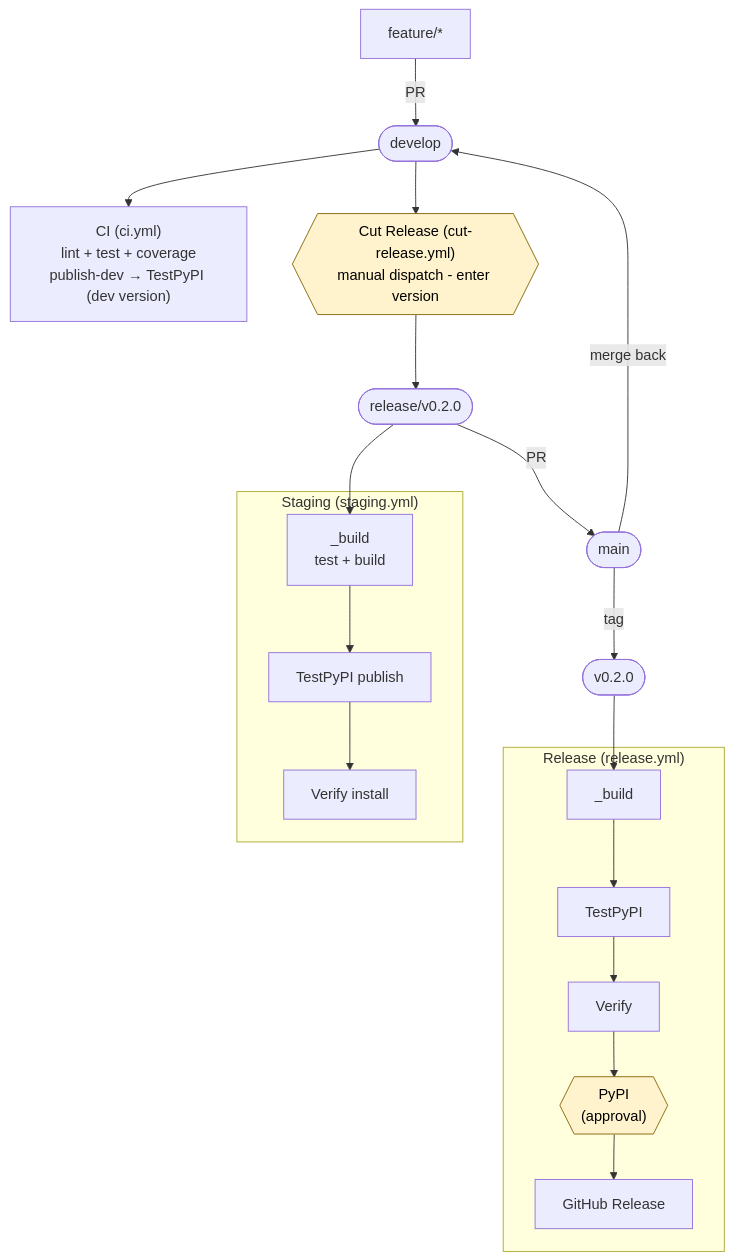
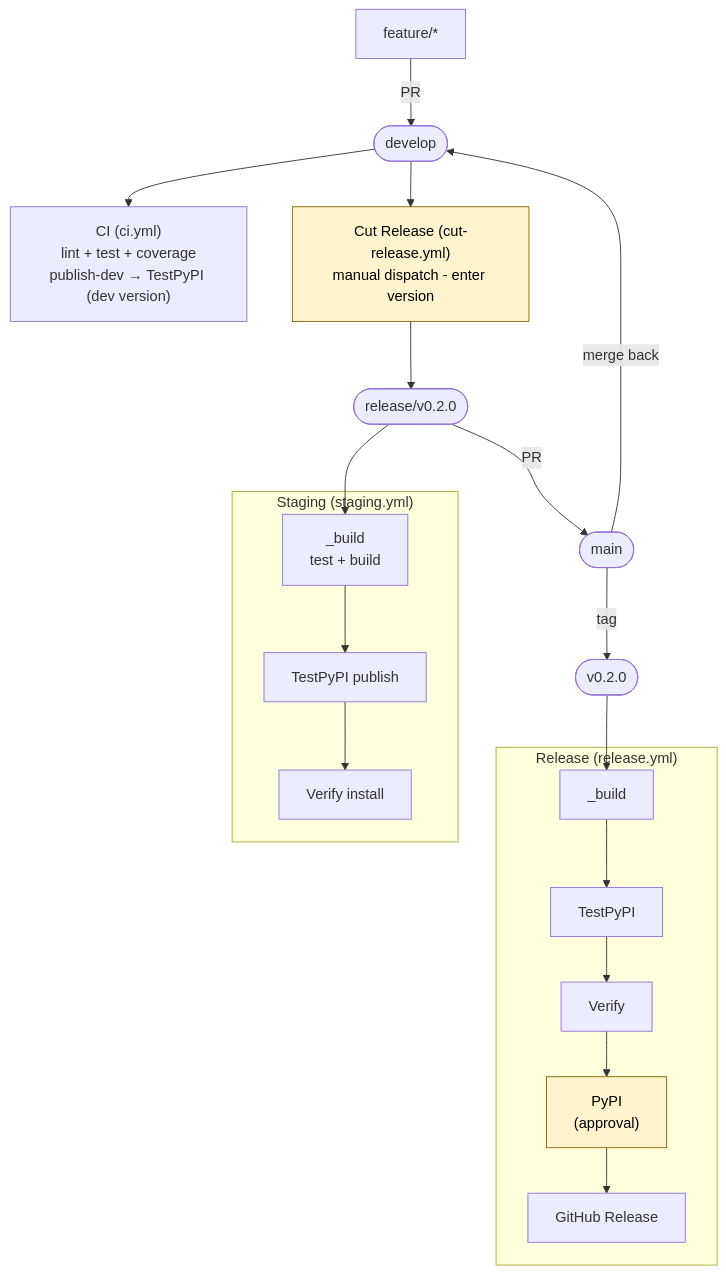
Before and after one commit to Azure/agentops: the third of 3 diagrams in docs/release-process.md, drawn with Mermaid. The commit also changed other lines of this file and 5 other files, not shown here.

Commit message:
Fix Mermaid rendering and diagram labels

````diff
--- a/docs/release-process.md
+++ b/docs/release-process.md
@@ -823,39 +823,39 @@
 ```mermaid
 flowchart TD
     feat["feature/*"] -->|PR| develop(["develop"])
     develop --> ci["CI (ci.yml)<br/>lint + test + coverage<br/>publish-dev → TestPyPI (dev version)"]
-    develop --> cut{{"Cut Release (cut-release.yml)<br/>manual dispatch - enter version"}}
+    develop --> cut["Cut Release (cut-release.yml)<br/>manual dispatch - enter version"]
     cut --> rel(["release/v0.2.0"])
 
     rel --> stagingBuild["_build<br/>test + build"]
     stagingBuild --> stagingTest["TestPyPI publish"]
     stagingTest --> stagingVerify["Verify install"]
 
     rel -->|PR| main(["main"])
     main -->|tag| tag(["v0.2.0"])
 
     tag --> relBuild["_build"]
     relBuild --> relTest["TestPyPI"]
     relTest --> relVerify["Verify"]
-    relVerify --> relPypi{{"PyPI<br/>(approval)"}}
+    relVerify --> relPypi["PyPI<br/>(approval)"]
     relPypi --> relGh["GitHub Release"]
 
     main -->|merge back| develop
 
     subgraph Staging["Staging (staging.yml)"]
         stagingBuild
         stagingTest
         stagingVerify
     end
 
     subgraph Release["Release (release.yml)"]
         relBuild
         relTest
         relVerify
         relPypi
         relGh
     end
 
     classDef gate fill:#fff3cd,stroke:#856404,color:#000;
     class cut,relPypi gate;
 ```
````
